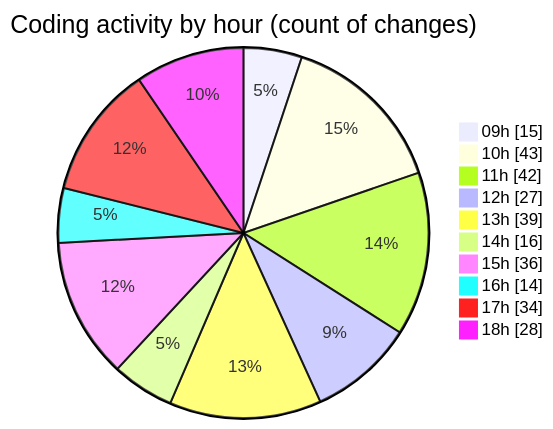
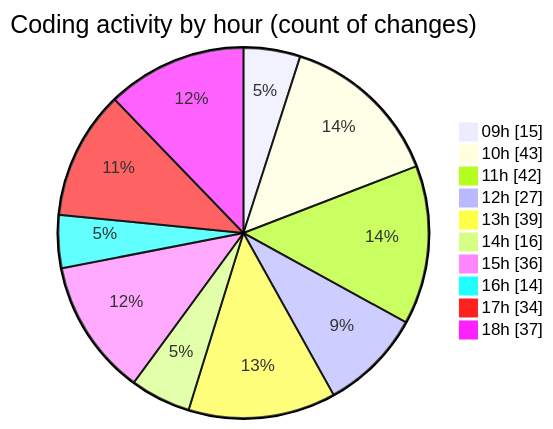
The second of 2 diagrams in 2025-09-30/cda/README.md (momahboobian/code-tracking), drawn with Mermaid before and after one commit. The commit also changed other lines of this file and 1 other file, not shown here.

````diff
--- a/2025-09-30/cda/README.md
+++ b/2025-09-30/cda/README.md
@@ -34,14 +34,14 @@
 ```mermaid
 pie showData
 title Coding activity by hour (count of changes)
 "09h" : 15
 "10h" : 43
 "11h" : 42
 "12h" : 27
 "13h" : 39
 "14h" : 16
 "15h" : 36
 "16h" : 14
 "17h" : 34
-"18h" : 28
+"18h" : 37
 ```
````
